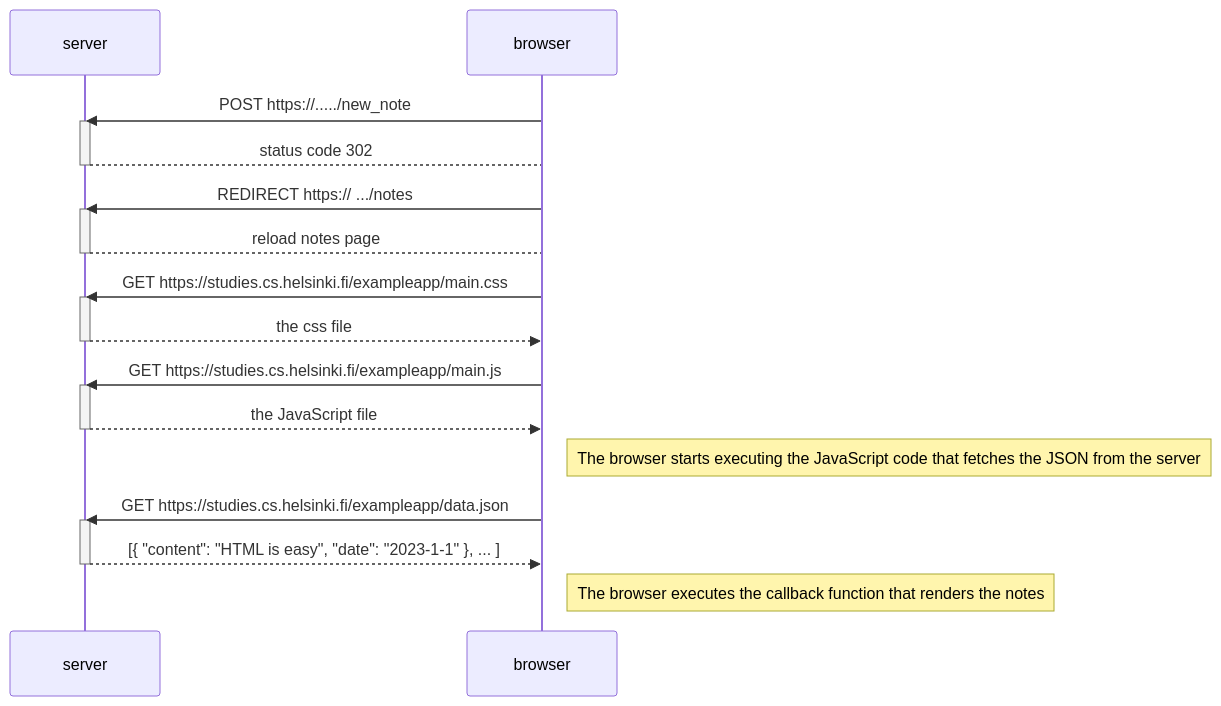
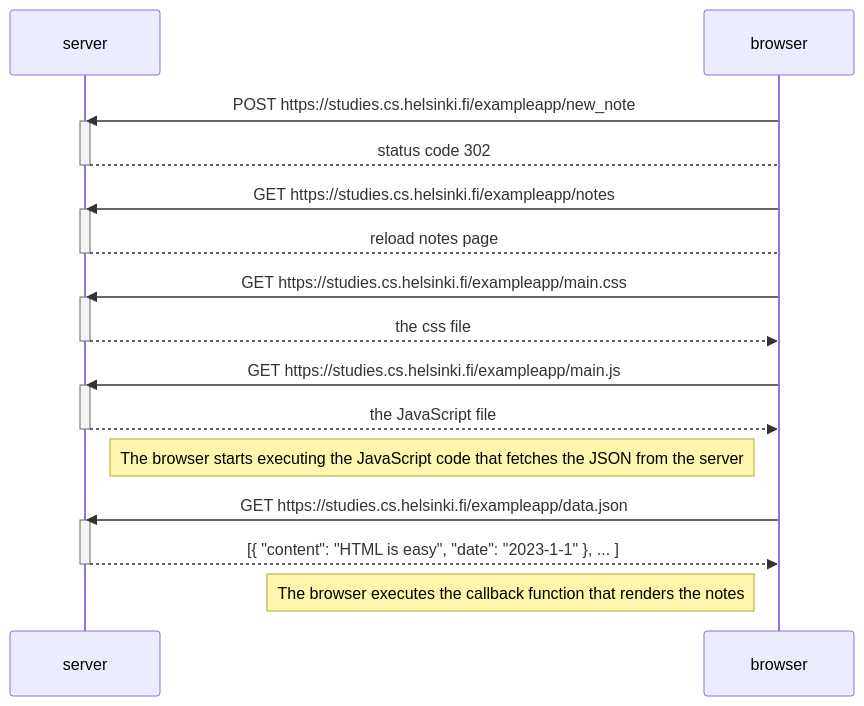
One commit to iiqra-khan/part0 changed the diagram in excercise0.4.md. Above: the diagram before and after it, drawn with Mermaid. The commit also changed 3 other files, not shown here.

````diff
--- a/excercise0.4.md
+++ b/excercise0.4.md
@@ -1,35 +1,35 @@
 ```mermaid
 sequenceDiagram
 participant server
 participant browser
 
-browser->>server: POST https://...../new_note
+browser->>server: POST https://studies.cs.helsinki.fi/exampleapp/new_note
 activate server
 server-->browser: status code 302
 deactivate server
 
-browser->>server: REDIRECT https:// .../notes
+browser->>server: GET https://studies.cs.helsinki.fi/exampleapp/notes
 activate server
 server-->browser: reload notes page
 deactivate server
 
 browser->>server: GET https://studies.cs.helsinki.fi/exampleapp/main.css
 activate server
 server-->>browser: the css file
 deactivate server
 
 browser->>server: GET https://studies.cs.helsinki.fi/exampleapp/main.js
 activate server
 server-->>browser: the JavaScript file
 deactivate server
 
-Note right of browser: The browser starts executing the JavaScript code that fetches the JSON from the server
+Note left of browser: The browser starts executing the JavaScript code that fetches the JSON from the server
 
 browser->>server: GET https://studies.cs.helsinki.fi/exampleapp/data.json
 activate server
 server-->>browser: [{ "content": "HTML is easy", "date": "2023-1-1" }, ... ]
 deactivate server
 
-Note right of browser: The browser executes the callback function that renders the notes
+Note left of browser: The browser executes the callback function that renders the notes
 
 ```
````
